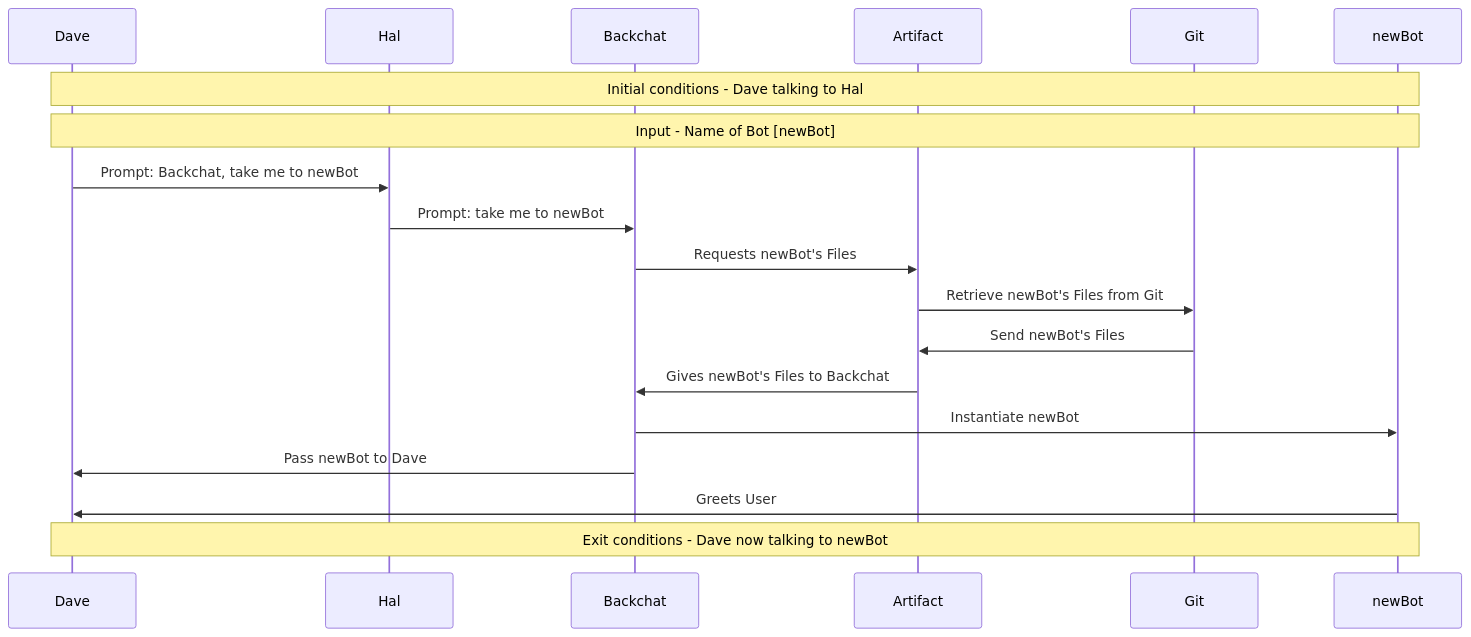
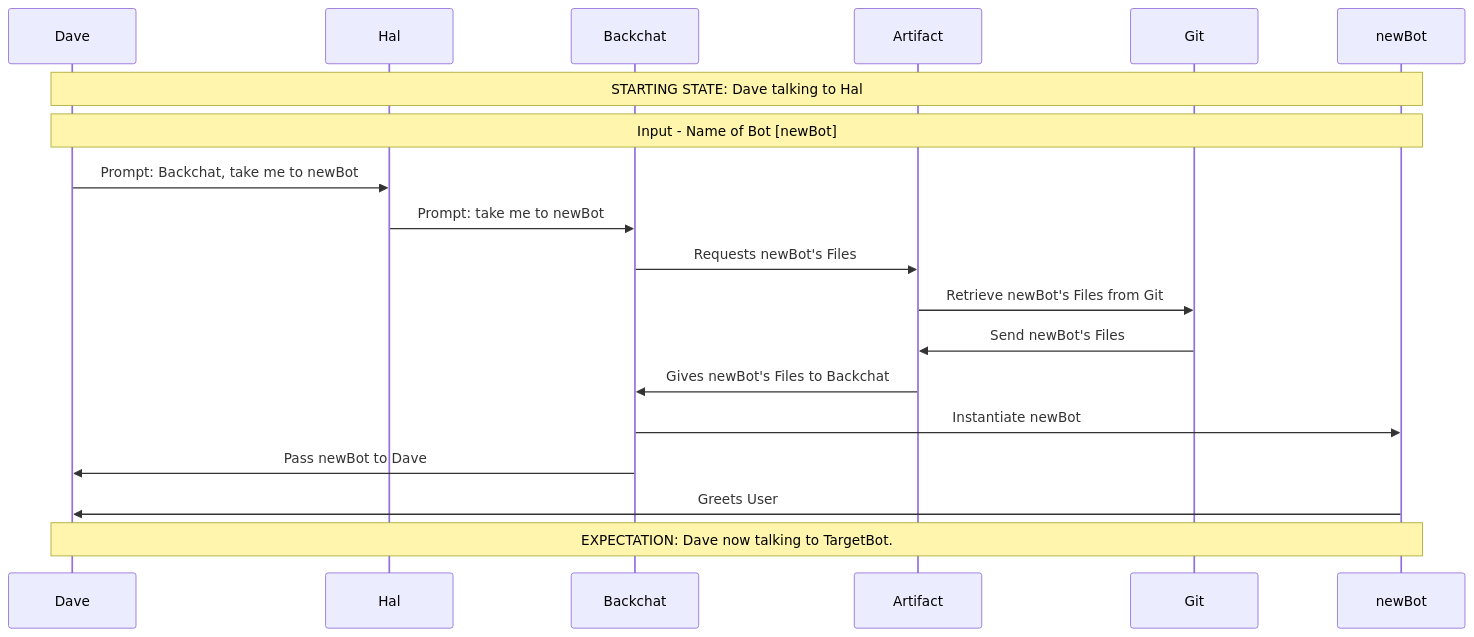
One commit to TartanMalcolm/Dreamcatching changed the diagram in Card Game/TracerBullet21/useNewBotInstantiationNoPayload.md. Above: the diagram before and after it, drawn with Mermaid. The commit also changed other lines of this file and 3 other files, not shown here.

Commit message:
OK, not right yet, but working on sequence bots for tests

````diff
--- a/Card Game/TracerBullet21/useNewBotInstantiationNoPayload.md
+++ b/Card Game/TracerBullet21/useNewBotInstantiationNoPayload.md
@@ -7,33 +25,33 @@
 ```mermaid
 sequenceDiagram
     participant Dave
     participant Hal
     participant Backchat
     participant Artifact
     participant Git
     participant newBot
 
     %% Note spanning from the first to the last participant
-    note over Dave, newBot: Initial conditions - Dave talking to Hal
+    note over Dave, newBot: STARTING STATE: Dave talking to Hal
     
     %% Note spanning from the first to the last participant
     note over Dave, newBot: Input - Name of Bot [newBot]
 
     %% Initial Prompt
     Dave->>Hal: Prompt: Backchat, take me to newBot
     Hal->>Backchat: Prompt: take me to newBot
 
     %% newBot Instantiation Process
     Backchat->>Artifact: Requests newBot's Files
     Artifact->>Git: Retrieve newBot's Files from Git
     Git->>Artifact: Send newBot's Files
     Artifact->>Backchat: Gives newBot's Files to Backchat
     Backchat->>newBot: Instantiate newBot
     Backchat->>Dave: Pass newBot to Dave
     
     %% Greeting
     newBot->>Dave: Greets User
 
     %% Note specific to newBot interaction
-    note over Dave, newBot: Exit conditions - Dave now talking to newBot
+    note over Dave, newBot: EXPECTATION: Dave now talking to TargetBot.
 ```
````
